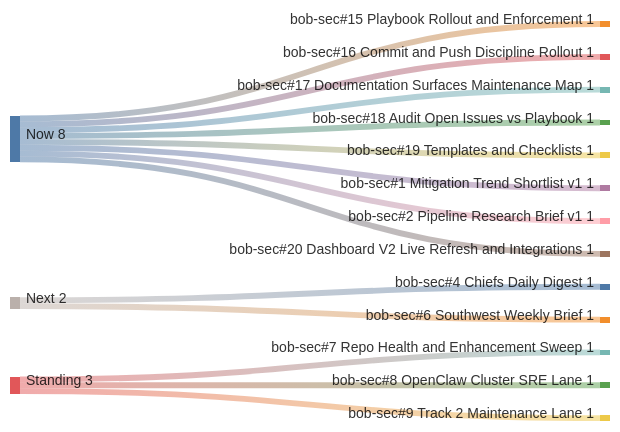
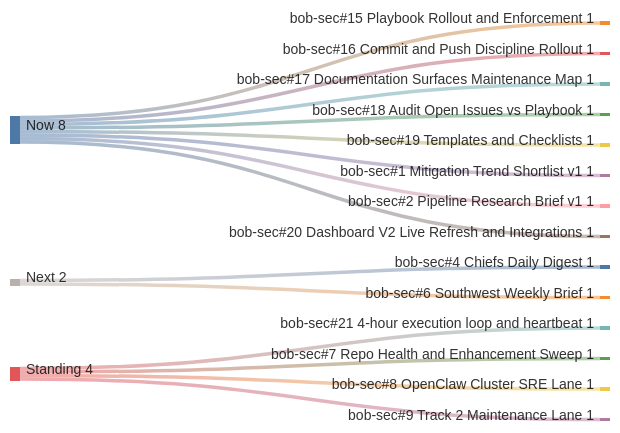
Before and after one commit to stevologic/bob-sec: the diagram in research/operations/current-work-gantt.md, drawn with Mermaid. The commit also changed other lines of this file, not shown here.

Commit message:
Add execution loop to gantt

````diff
--- a/research/operations/current-work-gantt.md
+++ b/research/operations/current-work-gantt.md
@@ -5,16 +5,17 @@
 ```mermaid
 sankey-beta
 Now,bob-sec#15 Playbook Rollout and Enforcement,1
 Now,bob-sec#16 Commit and Push Discipline Rollout,1
 Now,bob-sec#17 Documentation Surfaces Maintenance Map,1
 Now,bob-sec#18 Audit Open Issues vs Playbook,1
 Now,bob-sec#19 Templates and Checklists,1
 Now,bob-sec#1 Mitigation Trend Shortlist v1,1
 Now,bob-sec#2 Pipeline Research Brief v1,1
 Now,bob-sec#20 Dashboard V2 Live Refresh and Integrations,1
 Next,bob-sec#4 Chiefs Daily Digest,1
 Next,bob-sec#6 Southwest Weekly Brief,1
+Standing,bob-sec#21 4-hour execution loop and heartbeat,1
 Standing,bob-sec#7 Repo Health and Enhancement Sweep,1
 Standing,bob-sec#8 OpenClaw Cluster SRE Lane,1
 Standing,bob-sec#9 Track 2 Maintenance Lane,1
 ```
````
